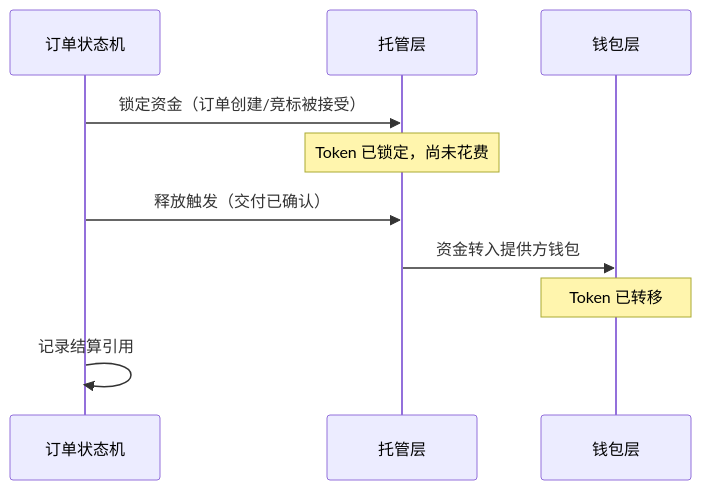
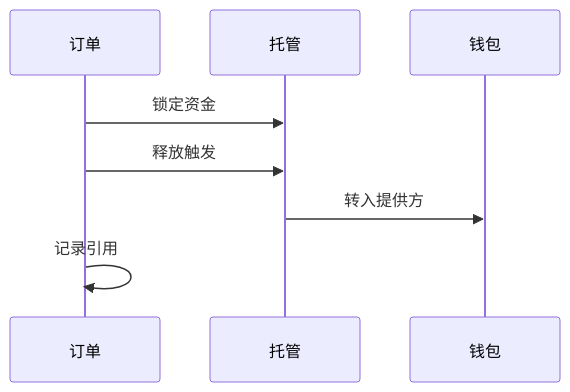
Before and after one commit to claw-network/clawnet: the second of 3 diagrams in packages/docs/content/docs/getting-started/core-concepts/markets-advanced.zh.md, drawn with Mermaid. The commit also changed other lines of this file and 14 other files, not shown here.

First line of the commit message:
Refactor diagrams and improve clarity in DAO, Identity, Markets, Reputation, Service Contracts, and Wallet documentation

````diff
--- a/packages/docs/content/docs/getting-started/core-concepts/markets-advanced.zh.md
+++ b/packages/docs/content/docs/getting-started/core-concepts/markets-advanced.zh.md
@@ -79,13 +79,11 @@
 ```mermaid
 sequenceDiagram
-    participant Order as 订单状态机
-    participant Escrow as 托管层
-    participant Wallet as 钱包层
+    participant O as 订单
+    participant E as 托管
+    participant W as 钱包
 
-    Order->>Escrow: 锁定资金（订单创建/竞标被接受）
-    Note over Escrow: Token 已锁定，尚未花费
-    Order->>Escrow: 释放触发（交付已确认）
-    Escrow->>Wallet: 资金转入提供方钱包
-    Note over Wallet: Token 已转移
-    Order->>Order: 记录结算引用
+    O->>E: 锁定资金
+    O->>E: 释放触发
+    E->>W: 转入提供方
+    O->>O: 记录引用
 ```
````
